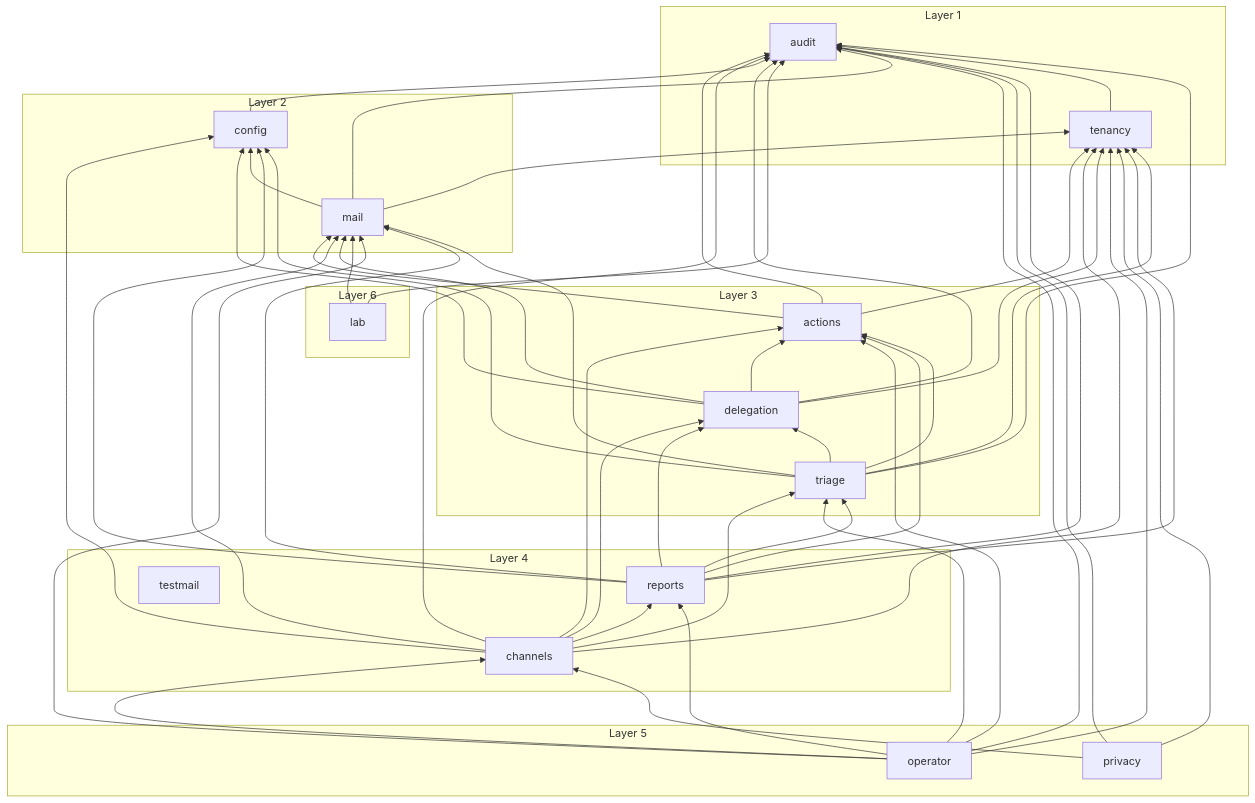
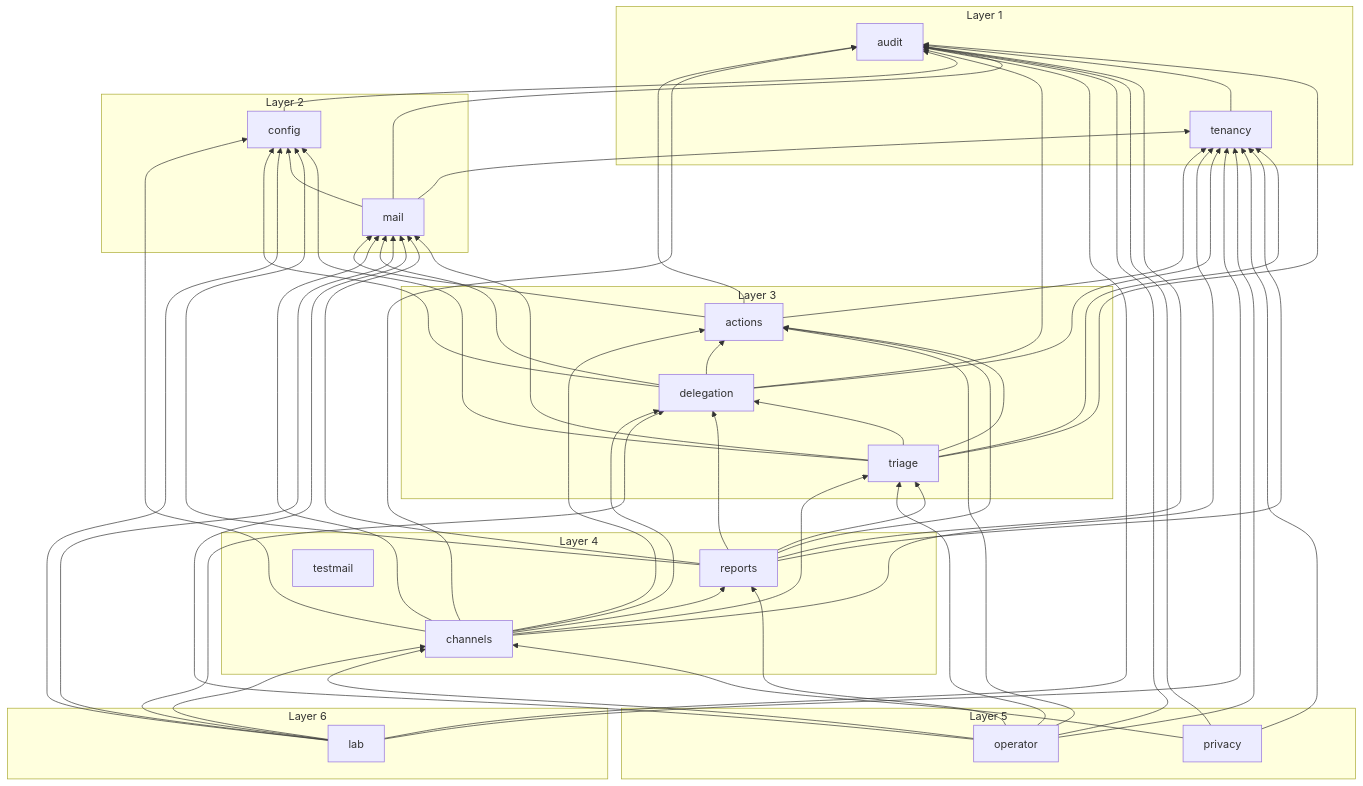
The diagram in docs/diagrams/module-graph.md (Artexs/email_assistant), drawn with Mermaid before and after one commit. The commit also changed 13 other files, not shown here.

````diff
--- a/docs/diagrams/module-graph.md
+++ b/docs/diagrams/module-graph.md
@@ -7,74 +7,78 @@
 ```mermaid
 flowchart BT
   subgraph group1["Layer 1"]
     audit
     tenancy
   end
   subgraph group2["Layer 2"]
     config
     mail
   end
   subgraph group3["Layer 3"]
     triage
     actions
     delegation
   end
   subgraph group4["Layer 4"]
     reports
     channels
     testmail
   end
   subgraph group5["Layer 5"]
     operator
     privacy
   end
   subgraph group6["Layer 6"]
     lab
   end
   actions --> audit
   actions --> mail
   actions --> tenancy
   channels --> actions
   channels --> audit
   channels --> config
   channels --> delegation
   channels --> mail
   channels --> reports
   channels --> tenancy
   channels --> triage
   config --> audit
   delegation --> actions
   delegation --> audit
   delegation --> config
   delegation --> mail
   delegation --> tenancy
   lab --> audit
+  lab --> channels
+  lab --> config
+  lab --> delegation
   lab --> mail
+  lab --> tenancy
   mail --> audit
   mail --> config
   mail --> tenancy
   operator --> actions
   operator --> audit
   operator --> channels
   operator --> mail
   operator --> reports
   operator --> tenancy
   operator --> triage
   privacy --> audit
   privacy --> channels
   privacy --> tenancy
   reports --> actions
   reports --> audit
   reports --> config
   reports --> delegation
   reports --> mail
   reports --> tenancy
   reports --> triage
   tenancy --> audit
   triage --> actions
   triage --> audit
   triage --> config
   triage --> delegation
   triage --> mail
   triage --> tenancy
 ```
````
